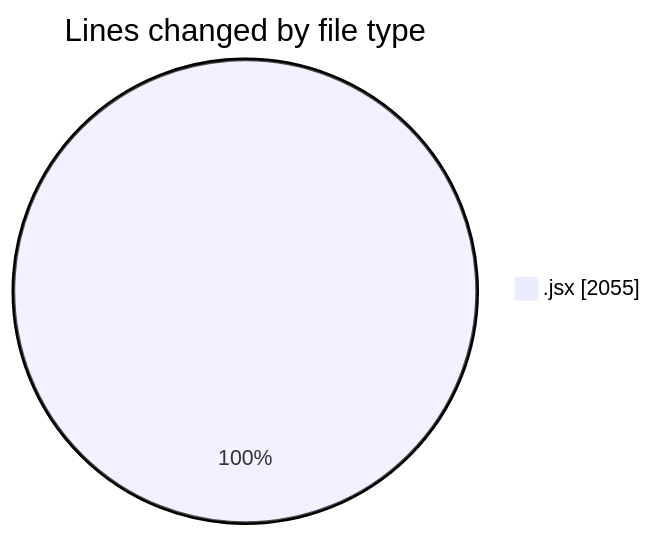
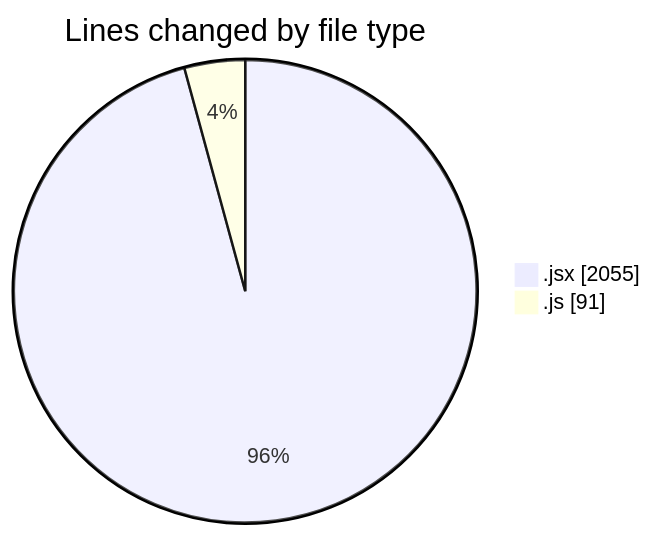
Before and after one commit to nxtqubesakshisongat/code-tracking: the first of 2 diagrams in 2025-07-07/argos/README.md, drawn with Mermaid. The commit also changed other lines of this file and 1 other file, not shown here.

````diff
--- a/2025-07-07/argos/README.md
+++ b/2025-07-07/argos/README.md
@@ -22,5 +23,6 @@
 ```mermaid
 pie showData
 title Lines changed by file type
 ".jsx" : 2055
+".js" : 91
 ```
````
